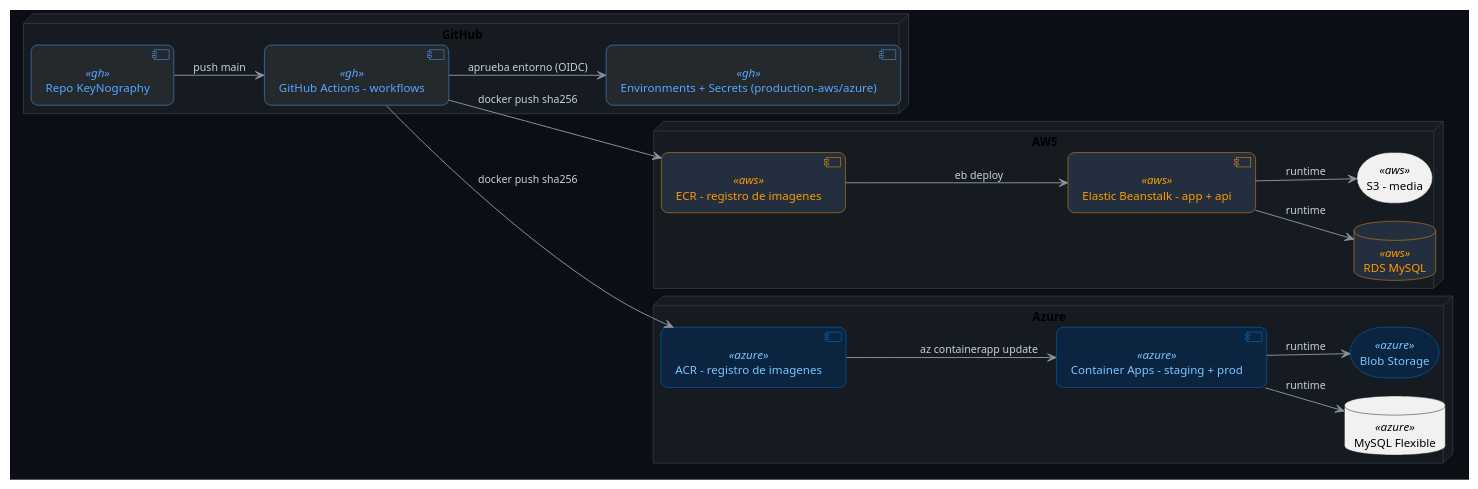
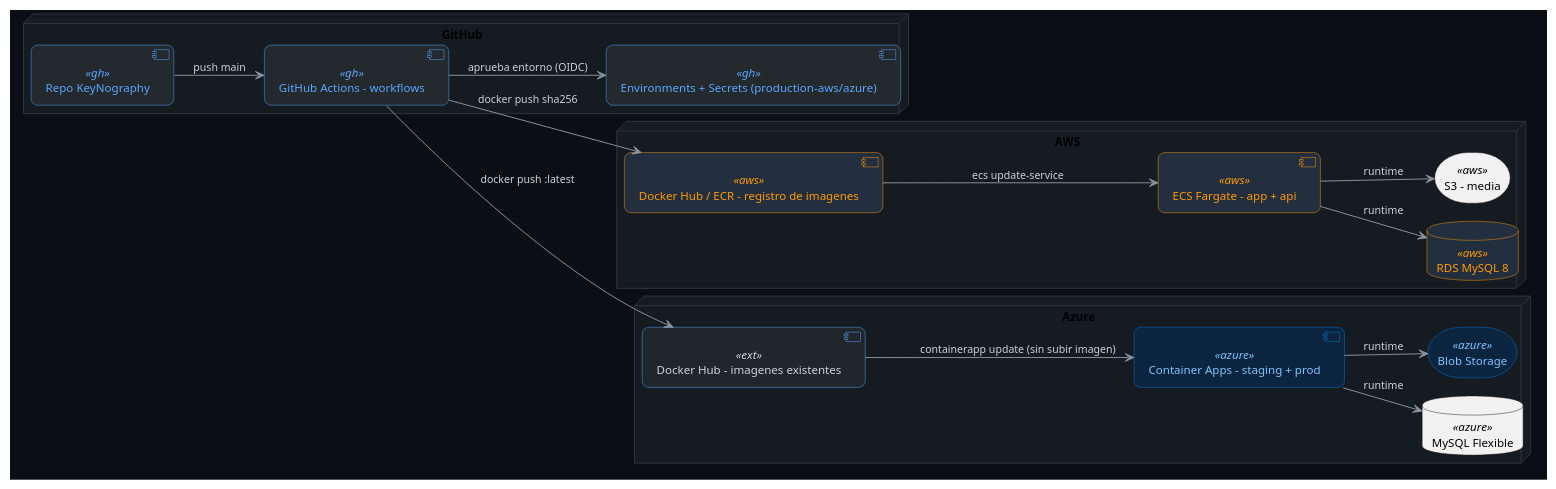
Before and after one commit to Aisaac123/KeyNography-: the ninth of 11 diagrams in docs/despliegue-multicloud.md, drawn with PlantUML. The commit also changed other lines of this file and 4 other files, not shown here.

````diff
--- a/docs/despliegue-multicloud.md
+++ b/docs/despliegue-multicloud.md
@@ -920,81 +927,81 @@
 ```plantuml
 @startuml CI-CD - Pipeline Multicloud Completo
 left to right direction
 !pragma layout smetana
 skinparam backgroundColor #0B0E14
 skinparam shadowing false
 skinparam defaultFontName "Segoe UI"
 skinparam defaultFontSize 12
 skinparam roundcorner 14
 skinparam nodesep 40
 skinparam ranksep 55
 skinparam ArrowColor #8B949E
 skinparam ArrowFontColor #C9D1D9
 skinparam ArrowFontSize 11
 skinparam node {
   BackgroundColor #161B22
   BorderColor #30363D
 }
 skinparam component {
   BackgroundColor #21262D
   BorderColor #58A6FF
   FontColor #C9D1D9
 }
 skinparam component<<gh>> {
   BackgroundColor #24292E
   BorderColor #58A6FF
   FontColor #58A6FF
 }
 skinparam component<<aws>> {
   BackgroundColor #232F3E
   BorderColor #FF9900
   FontColor #FF9900
 }
 skinparam component<<azure>> {
   BackgroundColor #0B2540
   BorderColor #0078D4
   FontColor #7CC4FF
 }
 skinparam database<<aws>> {
   BackgroundColor #232F3E
   BorderColor #FF9900
   FontColor #FF9900
 }
 skinparam storage<<azure>> {
   BackgroundColor #0B2540
   BorderColor #0078D4
   FontColor #7CC4FF
 }
 
 node "GitHub" {
   component "Repo KeyNography" as repo <<gh>>
   component "GitHub Actions - workflows" as gha <<gh>>
   component "Environments + Secrets (production-aws/azure)" as envs <<gh>>
 }
 
 node "AWS" {
-  component "ECR - registro de imagenes" as ecr <<aws>>
-  component "Elastic Beanstalk - app + api" as eb <<aws>>
-  database "RDS MySQL" as data_aws <<aws>>
+  component "Docker Hub / ECR - registro de imagenes" as ecr <<aws>>
+  component "ECS Fargate - app + api" as eb <<aws>>
+  database "RDS MySQL 8" as data_aws <<aws>>
   storage "S3 - media" as s3_aws <<aws>>
 }
 
 node "Azure" {
-  component "ACR - registro de imagenes" as acr <<azure>>
+  component "Docker Hub - imagenes existentes" as hub <<ext>>
   component "Container Apps - staging + prod" as ca <<azure>>
   database "MySQL Flexible" as data_az <<azure>>
   storage "Blob Storage" as blob_az <<azure>>
 }
 
 repo --> gha : push main
 gha --> envs : aprueba entorno (OIDC)
 gha --> ecr : docker push sha256
-gha --> acr : docker push sha256
-ecr --> eb : eb deploy
-acr --> ca : az containerapp update
+gha --> hub : docker push :latest
+ecr --> eb : ecs update-service
+hub --> ca : containerapp update (sin subir imagen)
 eb --> data_aws : runtime
 eb --> s3_aws : runtime
 ca --> data_az : runtime
 ca --> blob_az : runtime
 @enduml
 ```
````
